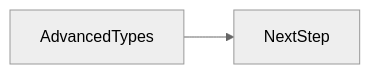
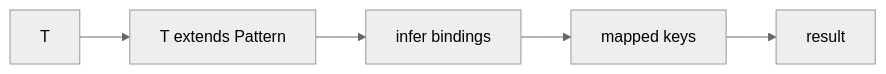
One commit to OmidJavaherii/Frontend-Engineering-Handbook changed the second of 2 diagrams in docs/en/07-typescript/advanced-types/index.md. Above: the diagram before and after it, drawn with Mermaid (neutral theme). The commit also changed other lines of this file and 461 other files, not shown here.

````diff
--- a/docs/en/07-typescript/advanced-types/index.md
+++ b/docs/en/07-typescript/advanced-types/index.md
@@ -95,4 +120,7 @@
 ```mermaid
 flowchart LR
-  concept[AdvancedTypes] --> nextStep[NextStep]
+  In[T] --> Extends[T extends Pattern]
+  Extends --> Infer[infer bindings]
+  Infer --> Map[mapped keys]
+  Map --> Out[result]
 ```
````
